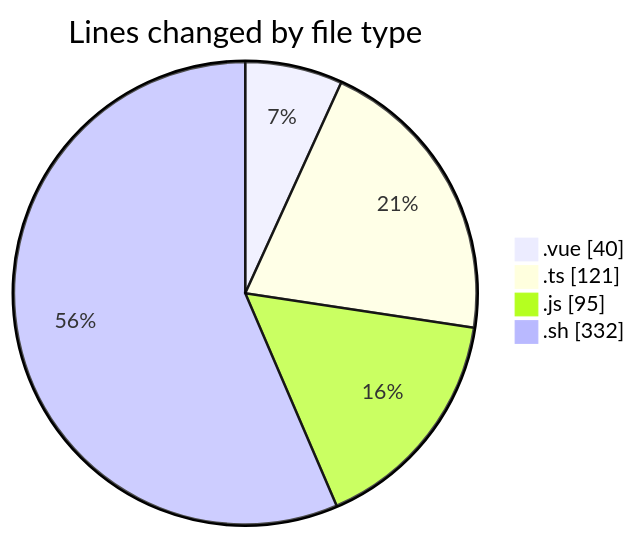
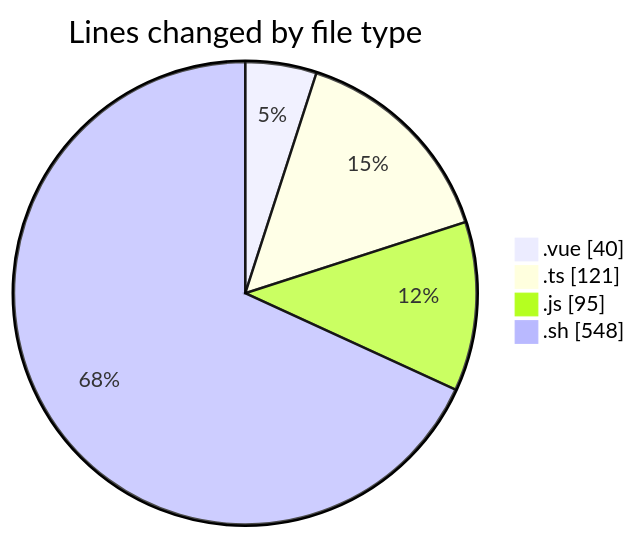
Before and after one commit to lephambinh05/code-tracking: the first of 2 diagrams in 2025-08-19/rentotp/README.md, drawn with Mermaid. The commit also changed other lines of this file and 1 other file, not shown here.

````diff
--- a/2025-08-19/rentotp/README.md
+++ b/2025-08-19/rentotp/README.md
@@ -29,8 +30,8 @@
 ```mermaid
 pie showData
 title Lines changed by file type
 ".vue" : 40
 ".ts" : 121
 ".js" : 95
-".sh" : 332
+".sh" : 548
 ```
````
